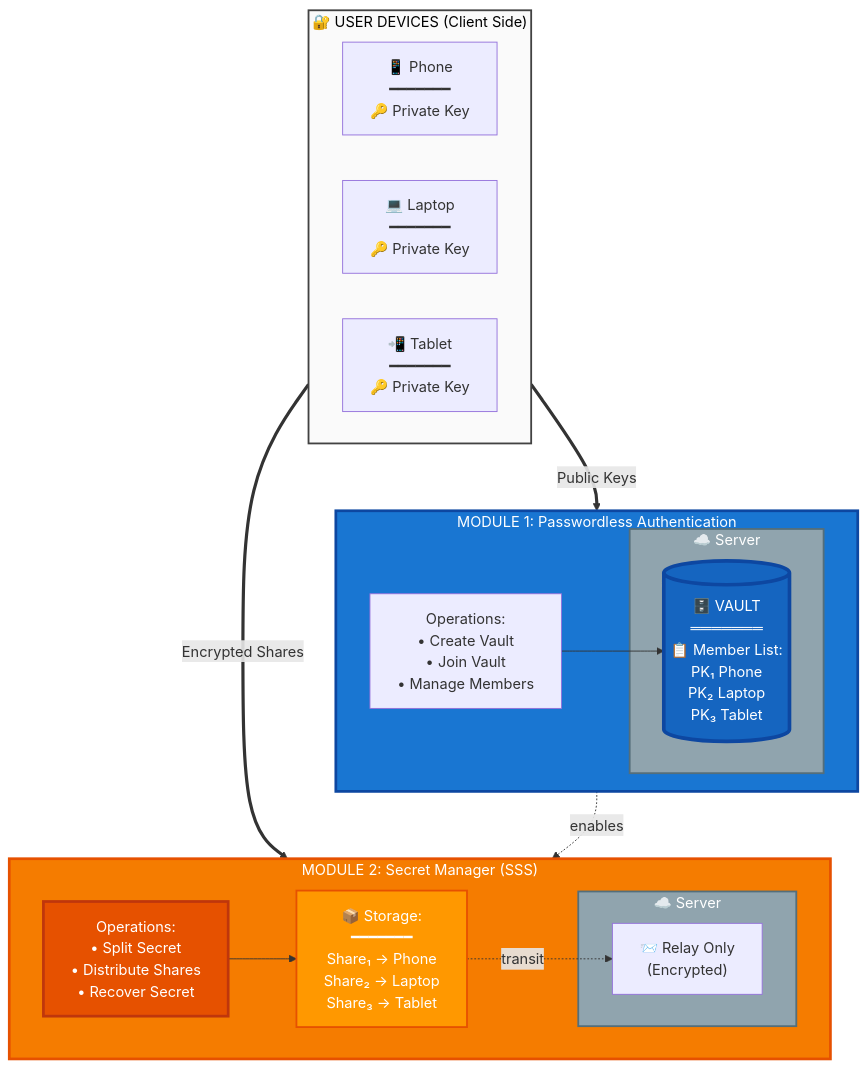
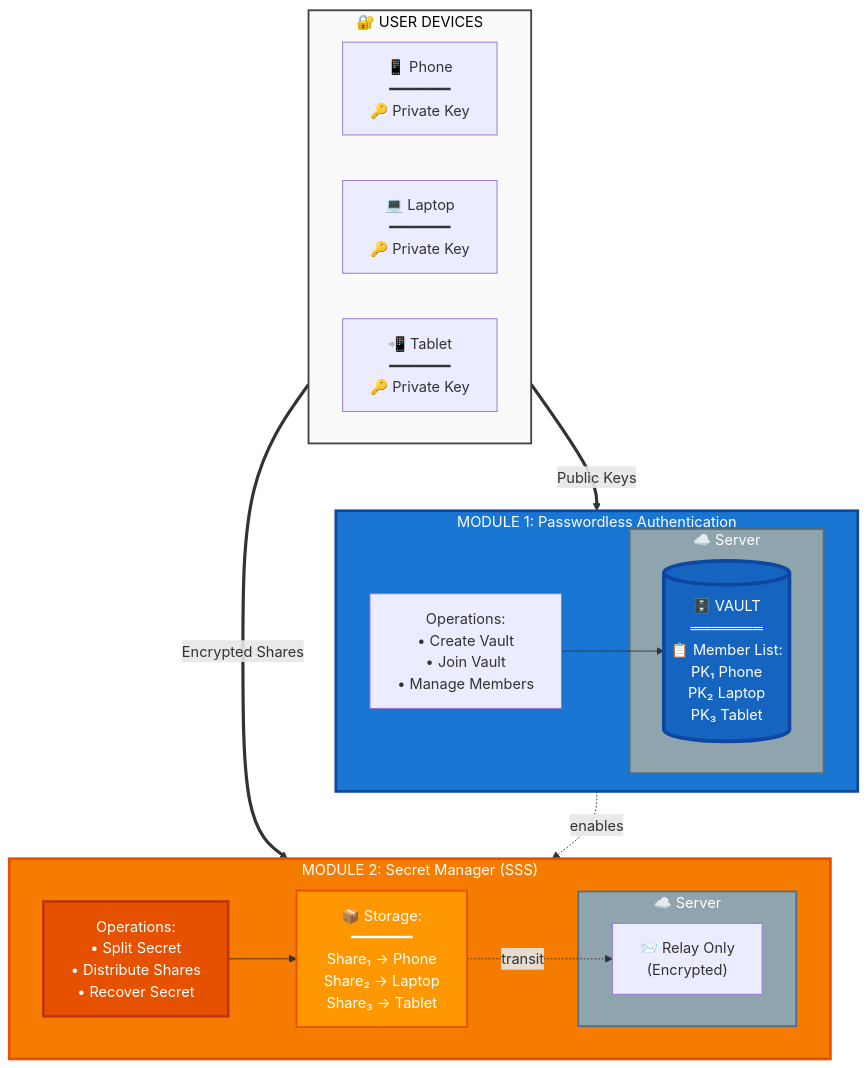
The first of 9 diagrams in docs/meta-secret-technical-presentation.md (meta-secret/meta-secret-core), drawn with Mermaid before and after one commit. The commit also changed other lines of this file, not shown here.

````diff
--- a/docs/meta-secret-technical-presentation.md
+++ b/docs/meta-secret-technical-presentation.md
@@ -188,50 +188,50 @@
 ```mermaid
 flowchart TB
-    subgraph LAYER1["🔐 USER DEVICES (Client Side)"]
+    subgraph LAYER1["🔐 USER DEVICES"]
         direction LR
         D1["📱 Phone<br/>━━━━━━━<br/>🔑 Private Key"]
         D2["💻 Laptop<br/>━━━━━━━<br/>🔑 Private Key"]
         D3["📲 Tablet<br/>━━━━━━━<br/>🔑 Private Key"]
     end
     
     subgraph LAYER2["MODULE 1: Passwordless Authentication"]
         direction LR
         
         ACTIONS1["Operations:<br/>• Create Vault<br/>• Join Vault<br/>• Manage Members"]
         
         subgraph SRV1["☁️ Server"]
             VAULT[("🗄️ VAULT<br/>═══════<br/>📋 Member List:<br/>PK₁ Phone<br/>PK₂ Laptop<br/>PK₃ Tablet")]
         end
         
         ACTIONS1 --> VAULT
     end
     
     subgraph LAYER3["MODULE 2: Secret Manager (SSS)"]
         direction LR
         
         SPLIT["Operations:<br/>• Split Secret<br/>• Distribute Shares<br/>• Recover Secret"]
         
         SHARES["📦 Storage:<br/>━━━━━━━<br/>Share₁ → Phone<br/>Share₂ → Laptop<br/>Share₃ → Tablet"]
         
         subgraph SRV2["☁️ Server"]
             RELAY["📨 Relay Only<br/>(Encrypted)"]
         end
         
         SPLIT --> SHARES
         SHARES -.->|transit| RELAY
     end
     
     LAYER1 ==>|Public Keys| LAYER2
     LAYER1 ==>|Encrypted Shares| LAYER3
     
     LAYER2 -.->|enables| LAYER3
     
     style VAULT fill:#1565c0,color:#fff,stroke:#0d47a1,stroke-width:4px
     style SPLIT fill:#e65100,color:#fff,stroke:#bf360c,stroke-width:3px
     style LAYER1 fill:#fafafa,stroke:#424242,stroke-width:2px,color:#000
     style LAYER2 fill:#1976d2,color:#fff,stroke:#0d47a1,stroke-width:3px
     style LAYER3 fill:#f57c00,color:#fff,stroke:#e65100,stroke-width:3px
     style SRV1 fill:#90a4ae,color:#fff,stroke:#546e7a,stroke-width:2px
     style SRV2 fill:#90a4ae,color:#fff,stroke:#546e7a,stroke-width:2px
     style SHARES fill:#ff9800,color:#fff,stroke:#e65100,stroke-width:2px
 ```
````
